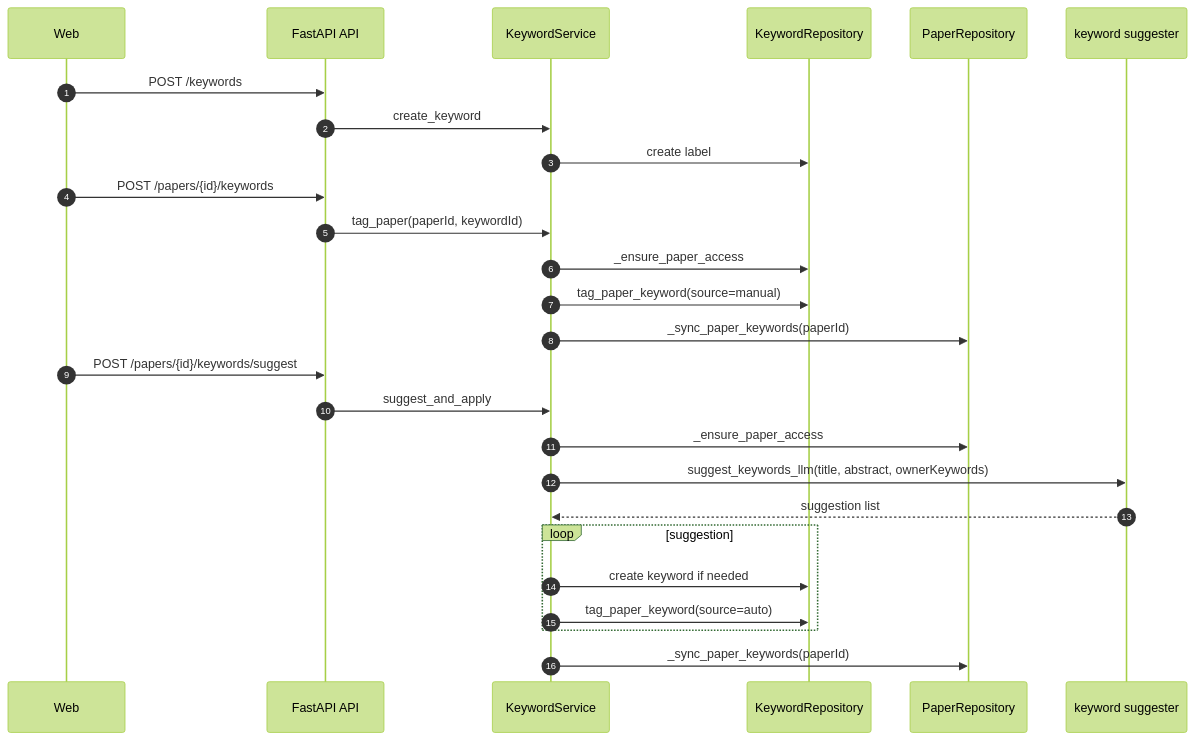
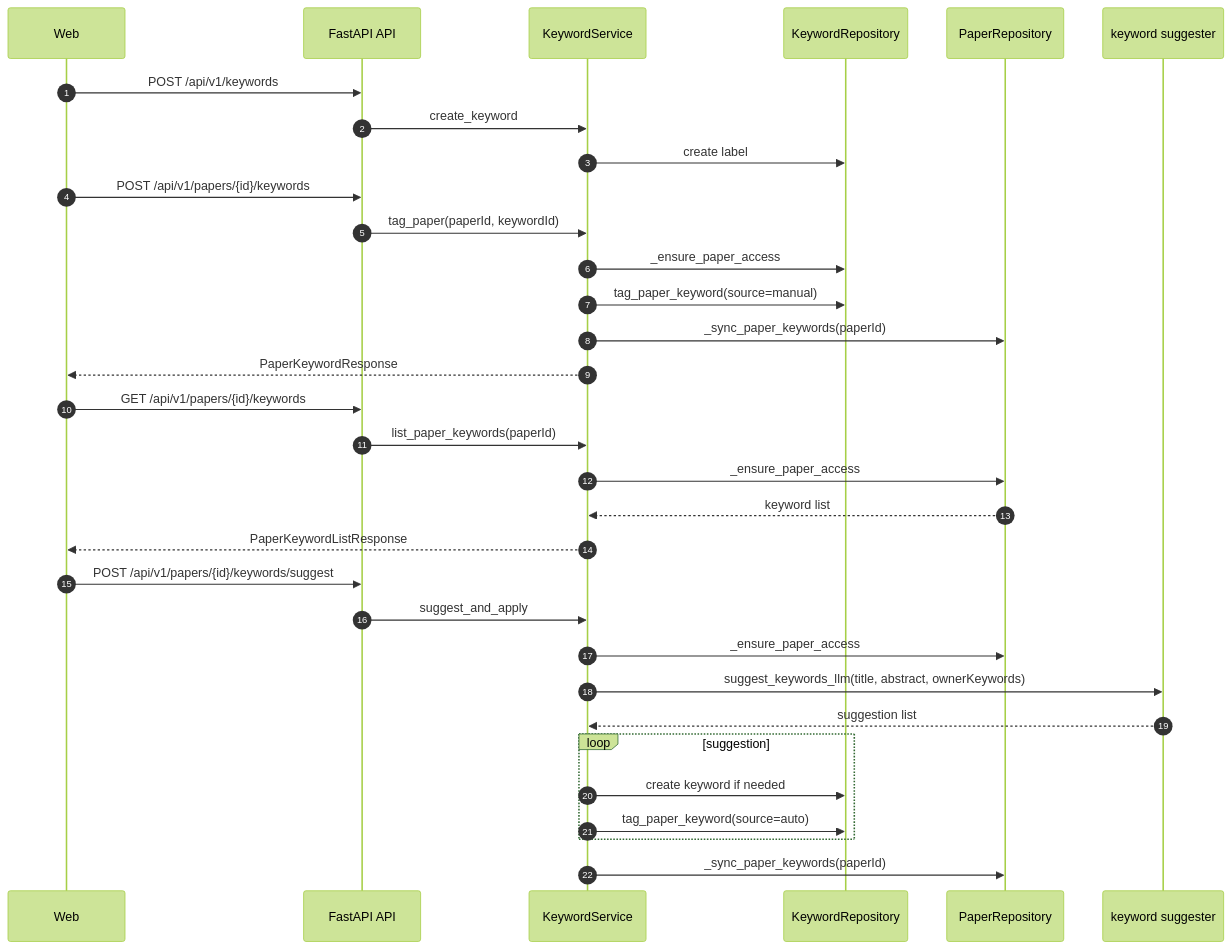
One commit to hwacho9/ai-paper changed the ninth of 15 diagrams in 프로젝트_서비스_구조_및_도메인별_기능서.md. Above: the diagram before and after it, drawn with Mermaid (forest theme). The commit also changed other lines of this file and 1 other file, not shown here.

First line of the commit message:
feat: Add comprehensive documentation for AI Paper project architecture and domain logic

````diff
--- a/프로젝트_서비스_구조_및_도메인별_기능서.md
+++ b/프로젝트_서비스_구조_및_도메인별_기능서.md
@@ -675,31 +618,38 @@
 ```mermaid
 sequenceDiagram
   autonumber
   participant W as Web
   participant API as FastAPI API
   participant KS as KeywordService
   participant KR as KeywordRepository
   participant PR as PaperRepository
   participant SG as keyword suggester
 
-  W->>API: POST /keywords
+  W->>API: POST /api/v1/keywords
   API->>KS: create_keyword
   KS->>KR: create label
 
-  W->>API: POST /papers/{id}/keywords
+  W->>API: POST /api/v1/papers/{id}/keywords
   API->>KS: tag_paper(paperId, keywordId)
   KS->>KR: _ensure_paper_access
   KS->>KR: tag_paper_keyword(source=manual)
   KS->>PR: _sync_paper_keywords(paperId)
+  KS-->>W: PaperKeywordResponse
 
-  W->>API: POST /papers/{id}/keywords/suggest
+  W->>API: GET /api/v1/papers/{id}/keywords
+  API->>KS: list_paper_keywords(paperId)
+  KS->>PR: _ensure_paper_access
+  PR-->>KS: keyword list
+  KS-->>W: PaperKeywordListResponse
+
+  W->>API: POST /api/v1/papers/{id}/keywords/suggest
   API->>KS: suggest_and_apply
   KS->>PR: _ensure_paper_access
   KS->>SG: suggest_keywords_llm(title, abstract, ownerKeywords)
   SG-->>KS: suggestion list
   loop suggestion
     KS->>KR: create keyword if needed
     KS->>KR: tag_paper_keyword(source=auto)
   end
   KS->>PR: _sync_paper_keywords(paperId)
 ```
````
